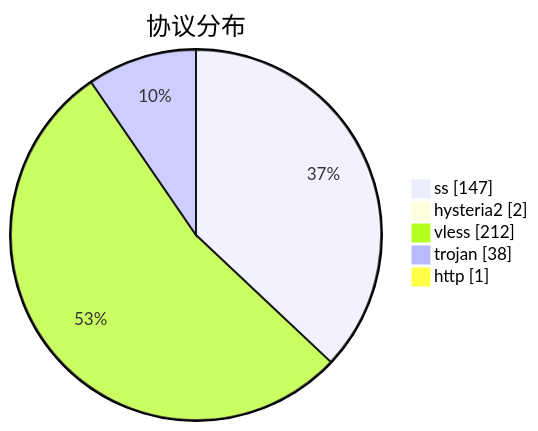
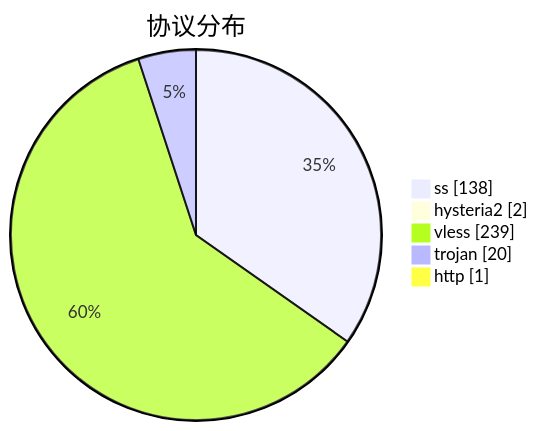
The third of 3 diagrams in subs/statistics/tested_within.md (qjlxg/airport), drawn with Mermaid before and after one commit. The commit also changed other lines of this file and 2 other files, not shown here.

````diff
--- a/subs/statistics/tested_within.md
+++ b/subs/statistics/tested_within.md
@@ -18,9 +18,9 @@
 ```mermaid
 pie showData
 title 协议分布
-"ss" : 147
+"ss" : 138
 "hysteria2" : 2
-"vless" : 212
-"trojan" : 38
+"vless" : 239
+"trojan" : 20
 "http" : 1
 ```
````
